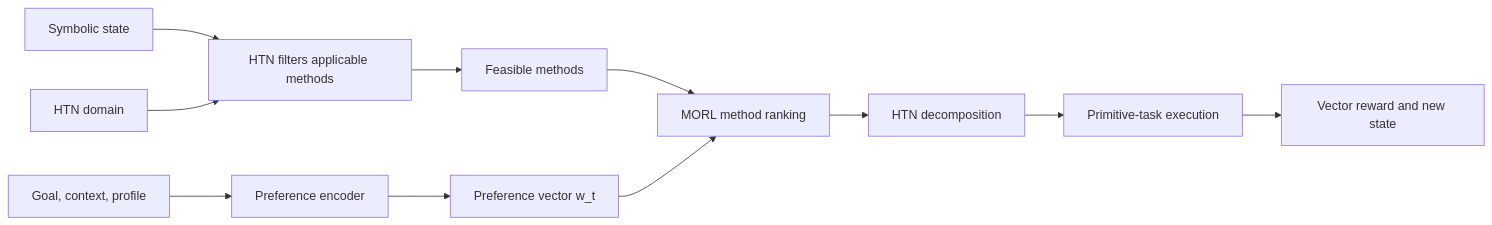
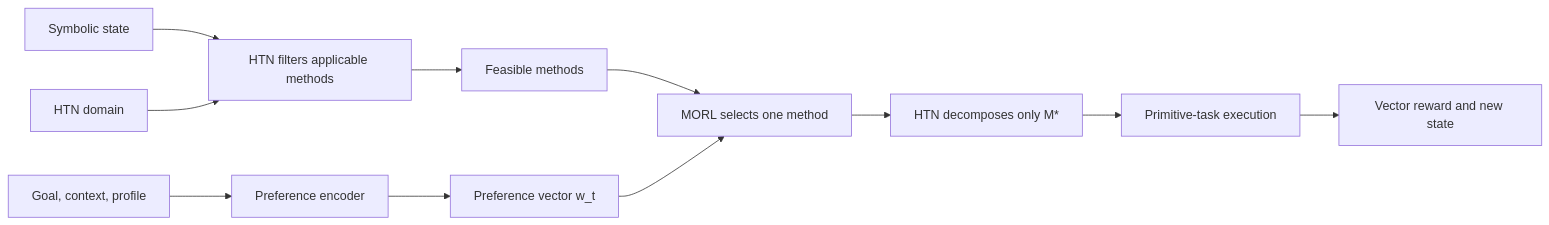
The diagram in README.md (AndersonGACFilho/htn-goap-morl-agent), drawn with Mermaid before and after one commit. The commit also changed other lines of this file and 14 other files, not shown here.

First line of the commit message:
docs(architecture): clarify MORL direct selection and fallback

````diff
--- a/README.md
+++ b/README.md
@@ -40,13 +40,13 @@
 ```mermaid
 flowchart LR
     S[Symbolic state] --> H[HTN filters applicable methods]
     D[HTN domain] --> H
     H --> M[Feasible methods]
     G[Goal, context, profile] --> E[Preference encoder]
     E --> W[Preference vector w_t]
-    M --> R[MORL method ranking]
+    M --> R[MORL selects one method]
     W --> R
-    R --> P[HTN decomposition]
+    R --> P[HTN decomposes only M*]
     P --> X[Primitive-task execution]
     X --> O[Vector reward and new state]
 ```
````
